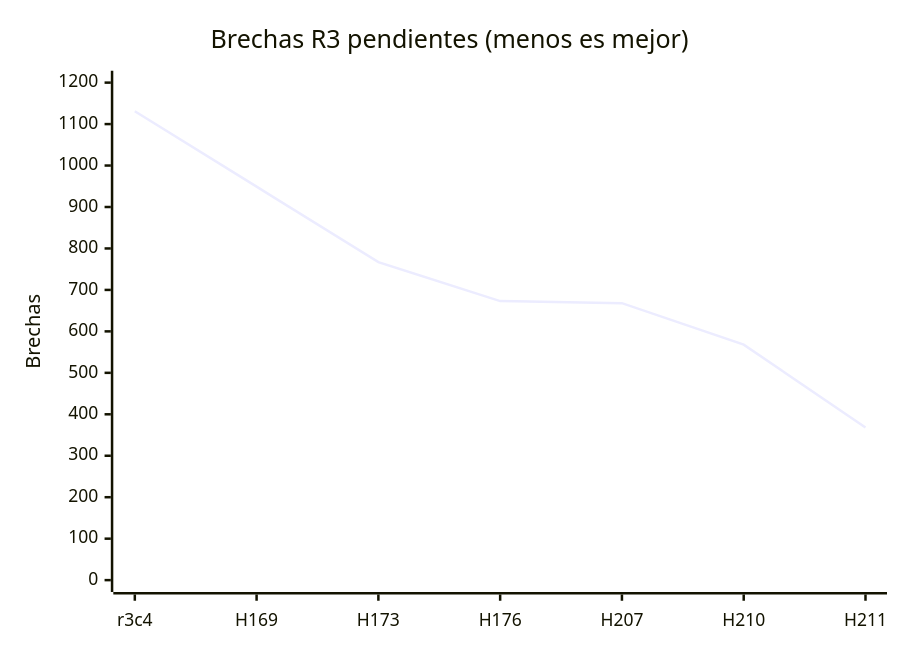
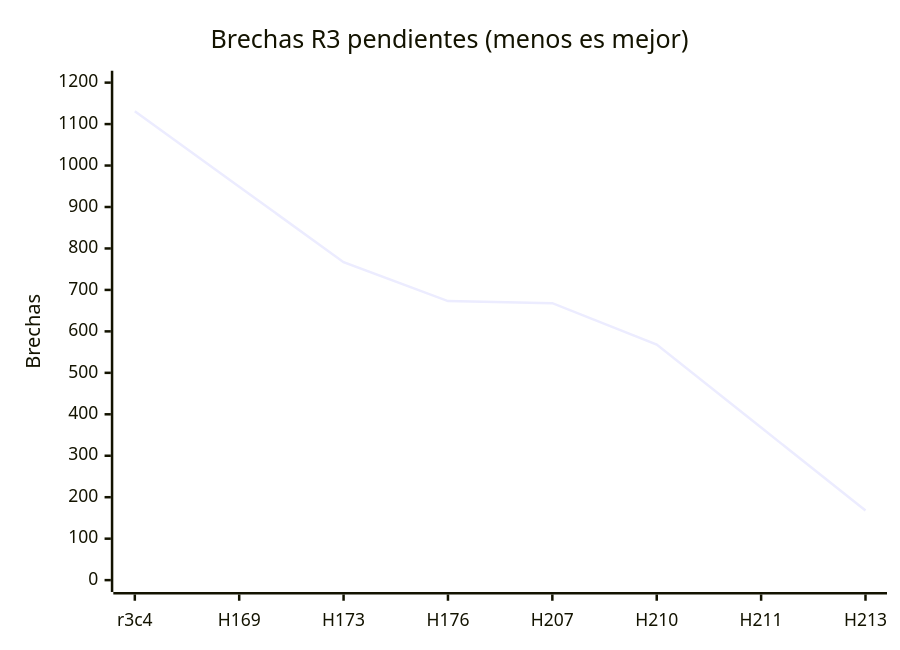
Before and after one commit to jmbigi/thinker: the first of 2 diagrams in README.md, drawn with Mermaid. The commit also changed other lines of this file and 11 other files, not shown here.

````diff
--- a/README.md
+++ b/README.md
@@ -401,7 +401,7 @@
 ```mermaid
 xychart-beta
     title "Brechas R3 pendientes (menos es mejor)"
-    x-axis ["r3c4", "H169", "H173", "H176", "H207", "H210", "H211"]
+    x-axis ["r3c4", "H169", "H173", "H176", "H207", "H210", "H211", "H213"]
     y-axis "Brechas" 0 --> 1200
-    line [1131, 949, 767, 673, 668, 568, 368]
+    line [1131, 949, 767, 673, 668, 568, 368, 168]
 ```
````
